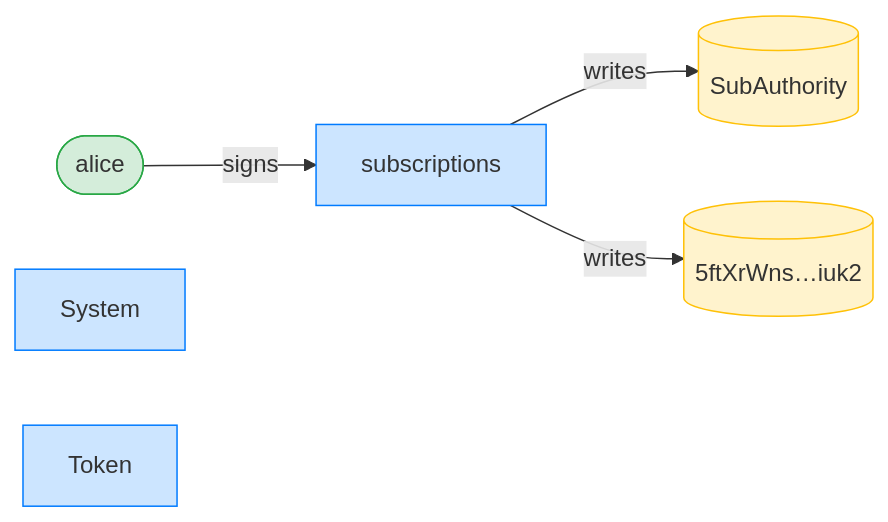
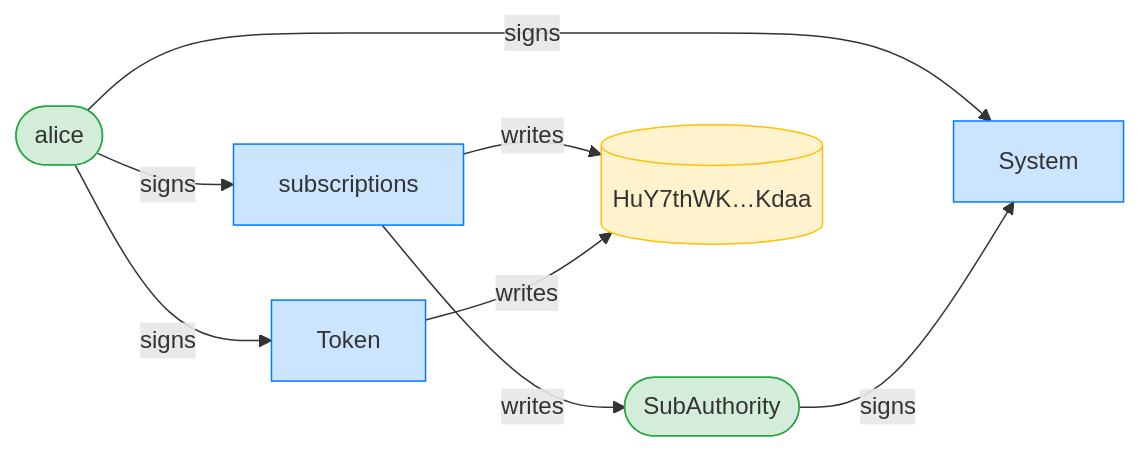
Before and after one commit to cds-rs/subscriptions: the third of 12 diagrams in dsl_tests/recurring-transfer-within-the-drift-window-succeeds.md, drawn with Mermaid. The commit also changed other lines of this file and 224 other files, not shown here.

````diff
--- a/dsl_tests/recurring-transfer-within-the-drift-window-succeeds.md
+++ b/dsl_tests/recurring-transfer-within-the-drift-window-succeeds.md
@@ -55,15 +56,19 @@
 ```mermaid
 flowchart LR
     classDef signer fill:#d4edda,stroke:#28a745;
     classDef program fill:#cce5ff,stroke:#007bff;
     classDef writable fill:#fff3cd,stroke:#ffc107;
     subscriptions[subscriptions]:::program
     alice([alice]):::signer
-    SubAuthority[(SubAuthority)]:::writable
-    5ftXrWns_iuk2[("5ftXrWns…iuk2")]:::writable
+    SubAuthority([SubAuthority]):::signer
+    HuY7thWK_Kdaa[("HuY7thWK…Kdaa")]:::writable
     System[System]:::program
     Token[Token]:::program
     alice -->|signs| subscriptions
+    alice -->|signs| System
+    SubAuthority -->|signs| System
+    alice -->|signs| Token
     subscriptions -->|writes| SubAuthority
-    subscriptions -->|writes| 5ftXrWns_iuk2
+    subscriptions -->|writes| HuY7thWK_Kdaa
+    Token -->|writes| HuY7thWK_Kdaa
 ```
````
